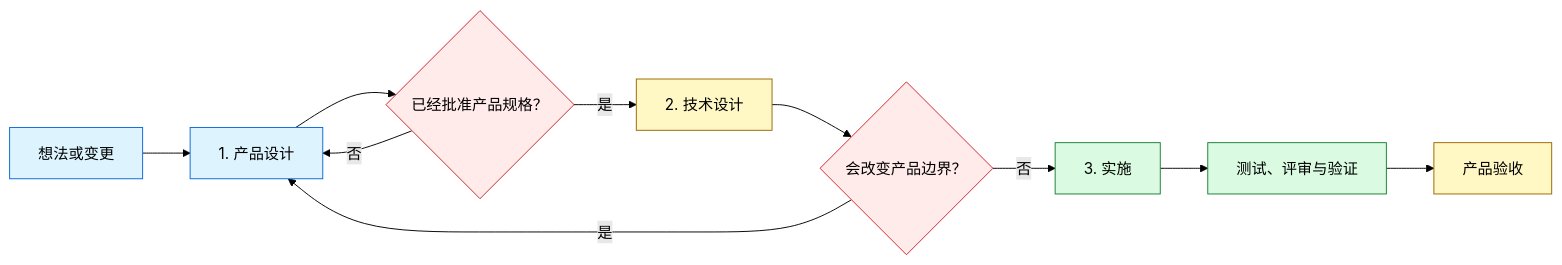
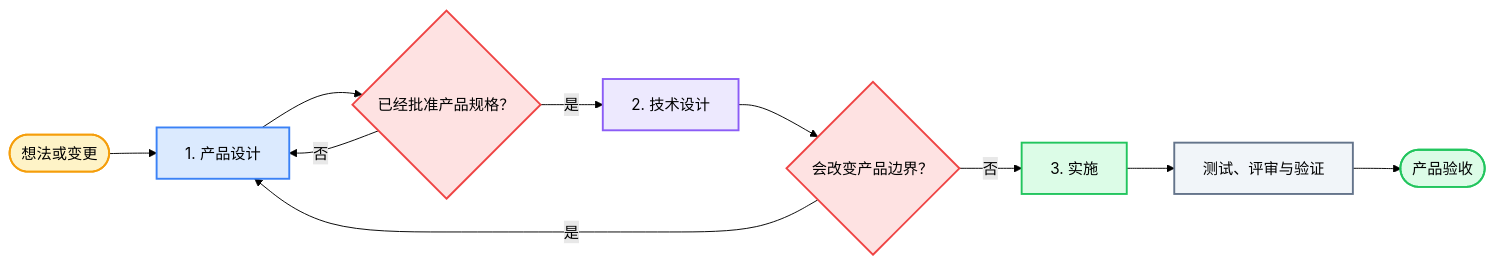
One commit to okht/grill-powers changed the diagram in docs/lang/README_ZH.md. Above: the diagram before and after it, drawn with Mermaid (forest theme). The commit also changed other lines of this file and 1 other file, not shown here.

````diff
--- a/docs/lang/README_ZH.md
+++ b/docs/lang/README_ZH.md
@@ -88,22 +131,21 @@
 ```mermaid
 flowchart LR
-    I["想法或变更"] --> P["1. 产品设计"]
+    I(["想法或变更"]) --> P["1. 产品设计"]
     P --> S{"已经批准产品规格？"}
     S -- "否" --> P
     S -- "是" --> T["2. 技术设计"]
     T --> C{"会改变产品边界？"}
     C -- "是" --> P
     C -- "否" --> D["3. 实施"]
     D --> V["测试、评审与验证"]
-    V --> A["产品验收"]
-    classDef product fill:#ddf4ff,stroke:#0969da,color:#000
-    classDef gate fill:#ffebe9,stroke:#cf222e,color:#000
-    classDef technical fill:#fff8c5,stroke:#9a6700,color:#000
-    classDef implementation fill:#dafbe1,stroke:#1a7f37,color:#000
-    classDef evidence fill:#fff8c5,stroke:#9a6700,color:#000
-    class I,P product
-    class S,C gate
-    class T technical
-    class D,V implementation
-    class A evidence
+    V --> A(["产品验收"])
+
+    style I fill:#FEF3C7,stroke:#F59E0B,stroke-width:2px,color:#000
+    style P fill:#DBEAFE,stroke:#3B82F6,stroke-width:2px,color:#000
+    style S fill:#FEE2E2,stroke:#EF4444,stroke-width:2px,color:#000
+    style T fill:#EDE9FE,stroke:#8B5CF6,stroke-width:2px,color:#000
+    style C fill:#FEE2E2,stroke:#EF4444,stroke-width:2px,color:#000
+    style D fill:#DCFCE7,stroke:#22C55E,stroke-width:2px,color:#000
+    style V fill:#F1F5F9,stroke:#64748B,stroke-width:2px,color:#000
+    style A fill:#DCFCE7,stroke:#22C55E,stroke-width:2px,color:#000
 ```
````
